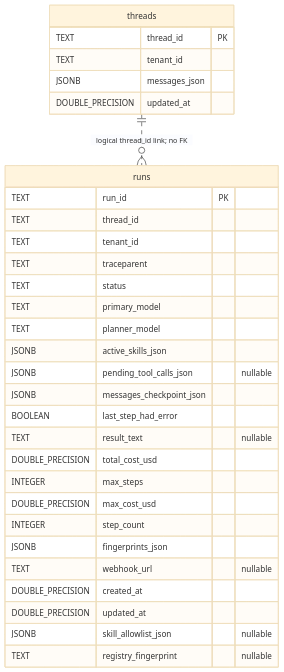
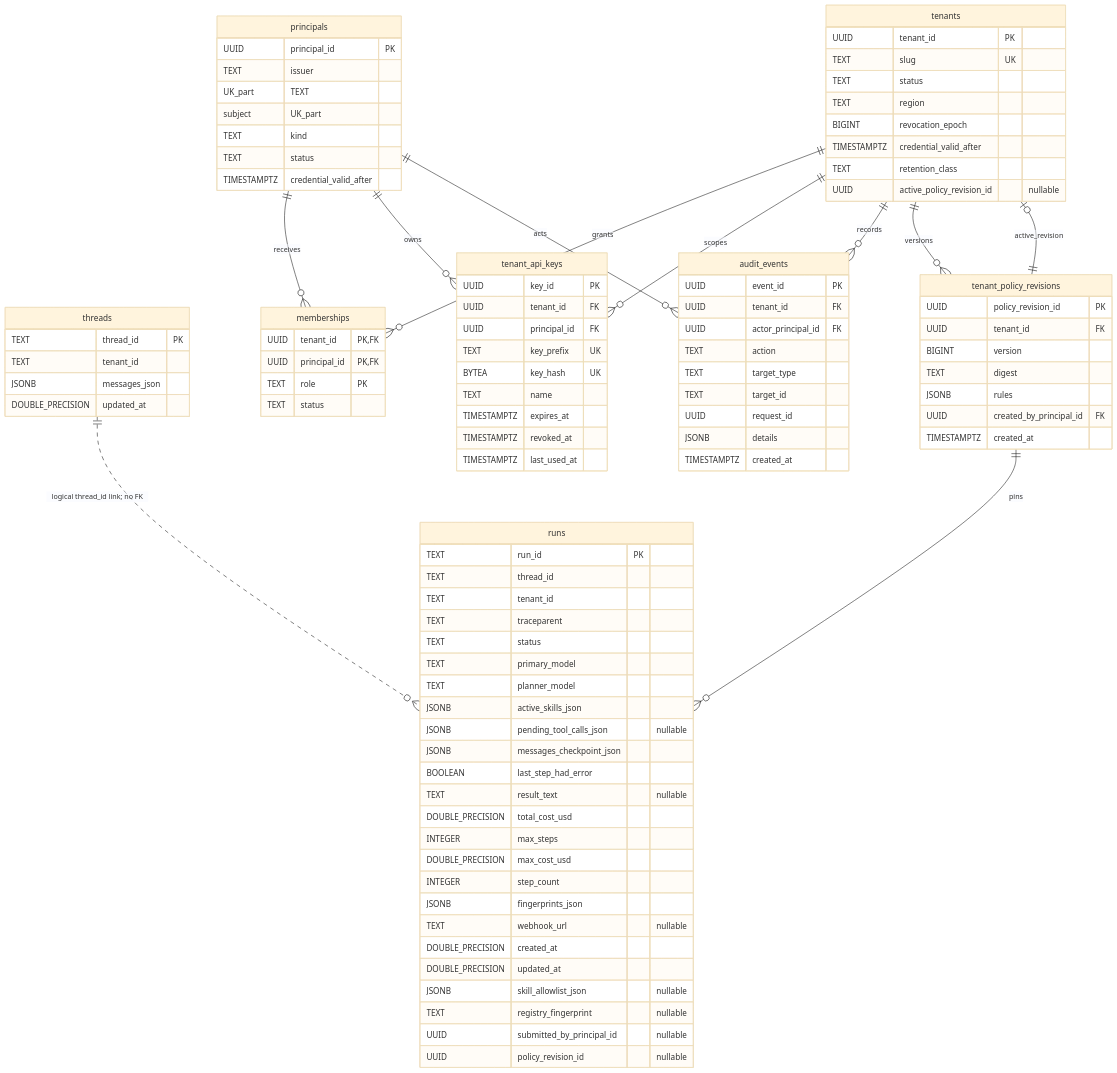
The first of 4 diagrams in docs/design/data-model.md (tanjeetsarkar/haas), drawn with Mermaid (base theme) before and after one commit. The commit also changed other lines of this file and 54 other files, not shown here.

First line of the commit message:
Add comprehensive tests for identity and tenant policy features

````diff
--- a/docs/design/data-model.md
+++ b/docs/design/data-model.md
@@ -11,6 +11,15 @@
 ```mermaid
 erDiagram
     threads ||..o{ runs : "logical thread_id link; no FK"
+    tenants ||--o{ memberships : grants
+    principals ||--o{ memberships : receives
+    tenants ||--o{ tenant_api_keys : scopes
+    principals ||--o{ tenant_api_keys : owns
+    tenants ||--o{ audit_events : records
+    principals ||--o{ audit_events : acts
+    tenants ||--o{ tenant_policy_revisions : versions
+    tenant_policy_revisions ||--o{ runs : pins
+    tenant_policy_revisions ||--o| tenants : active_revision
     threads {
         TEXT thread_id PK
         TEXT tenant_id
@@ -40,5 +49,62 @@
         DOUBLE_PRECISION updated_at
         JSONB skill_allowlist_json "nullable"
         TEXT registry_fingerprint "nullable"
+        UUID submitted_by_principal_id "nullable"
+        UUID policy_revision_id "nullable"
+    }
+    tenants {
+        UUID tenant_id PK
+        TEXT slug UK
+        TEXT status
+        TEXT region
+        BIGINT revocation_epoch
+        TIMESTAMPTZ credential_valid_after
+        TEXT retention_class
+        UUID active_policy_revision_id "nullable"
+    }
+    principals {
+        UUID principal_id PK
+        TEXT issuer UK_part
+        TEXT subject UK_part
+        TEXT kind
+        TEXT status
+        TIMESTAMPTZ credential_valid_after
+    }
+    memberships {
+        UUID tenant_id PK,FK
+        UUID principal_id PK,FK
+        TEXT role PK
+        TEXT status
+    }
+    tenant_api_keys {
+        UUID key_id PK
+        UUID tenant_id FK
+        UUID principal_id FK
+        TEXT key_prefix UK
+        BYTEA key_hash UK
+        TEXT name
+        TIMESTAMPTZ expires_at
+        TIMESTAMPTZ revoked_at
+        TIMESTAMPTZ last_used_at
+    }
+    tenant_policy_revisions {
+        UUID policy_revision_id PK
+        UUID tenant_id FK
+        BIGINT version
+        TEXT digest
+        JSONB rules
+        UUID created_by_principal_id FK
+        TIMESTAMPTZ created_at
+    }
+    audit_events {
+        UUID event_id PK
+        UUID tenant_id FK
+        UUID actor_principal_id FK
+        TEXT action
+        TEXT target_type
+        TEXT target_id
+        UUID request_id
+        JSONB details
+        TIMESTAMPTZ created_at
     }
 ```
````
